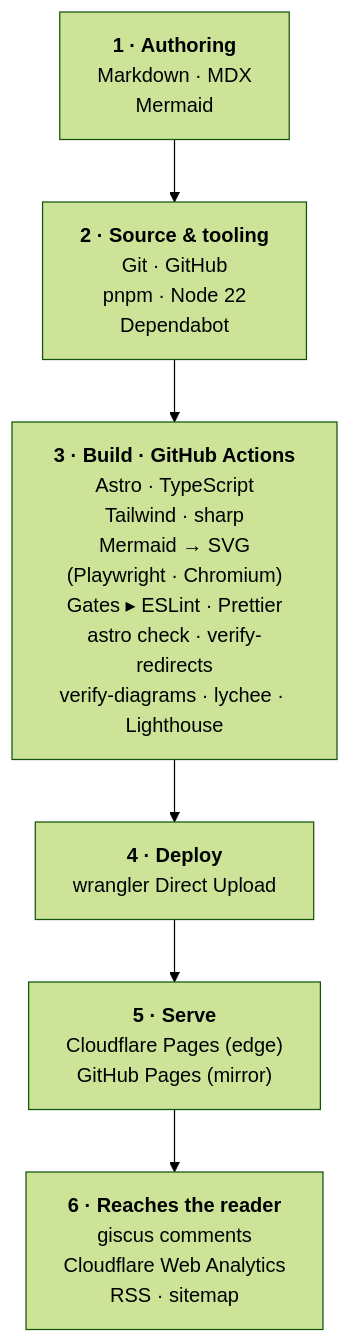
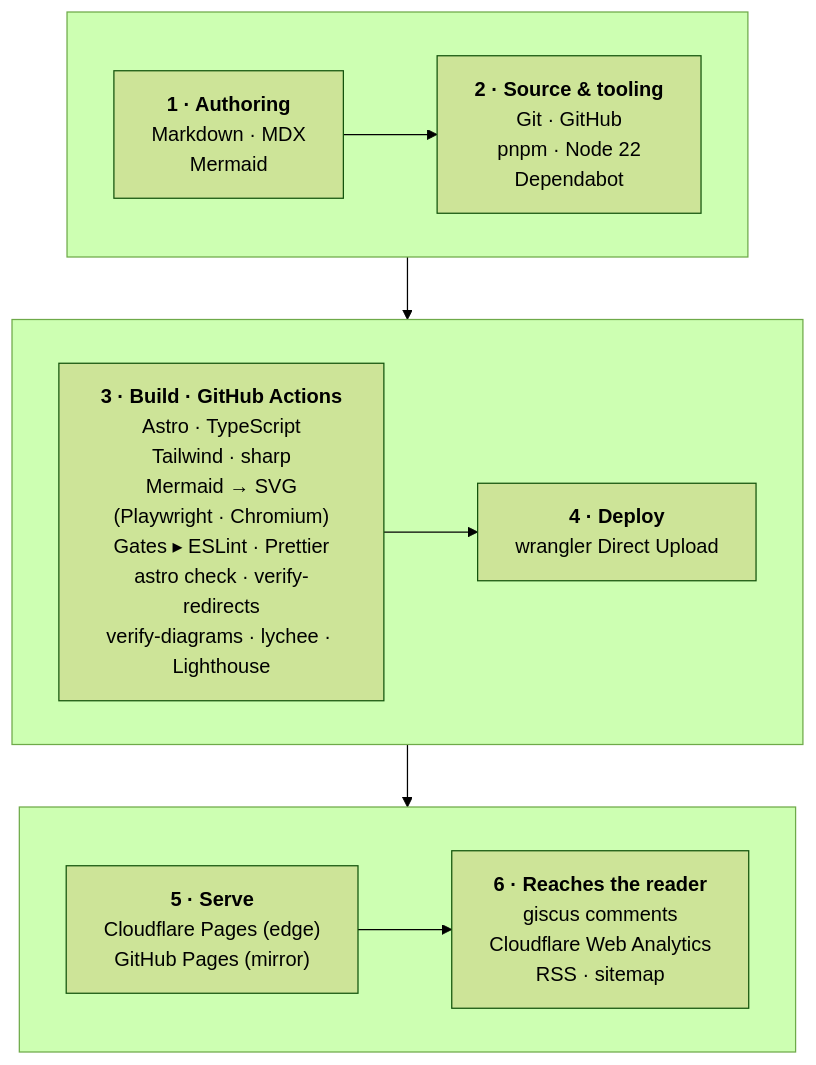
One commit to praveer09/praveer09.github.io changed the second of 4 diagrams in src/content/blog/build-once-deploy-many-the-anatomy-of-this-blog/index.md. Above: the diagram before and after it, drawn with Mermaid (forest theme).

Commit message:
Post: lay the full-stack diagram out as a 2-column grid
Six stages stacked in one column read fine on mobile but scrolled a long
way. Arrange them as three rows of two (1-2 / 3-4 / 5-6), each row a
direction-LR subgraph, connected row-to-row at the subgraph level
(r1 --> r2 --> r3) so Mermaid keeps the inner left-to-right layout
instead of overriding it. Reads like text: across, then down.

Rendered SVG is ~649 x 848 (was ~276 x 1070 single column), a more
balanced shape with much less vertical scrolling. Build renders all six
diagrams; verify-diagrams + verify-redirects pass.

````diff
--- a/src/content/blog/build-once-deploy-many-the-anatomy-of-this-blog/index.md
+++ b/src/content/blog/build-once-deploy-many-the-anatomy-of-this-blog/index.md
@@ -37,12 +37,24 @@
 ```mermaid
 flowchart TB
   accTitle: The full stack, end to end
   accDescr: The end-to-end toolchain in six stages. Authoring is Markdown, MDX and Mermaid. Source and tooling is Git on GitHub with pnpm, Node and Dependabot. The build, run by GitHub Actions, uses Astro with TypeScript and Tailwind, sharp for images and Playwright-driven Chromium to render Mermaid to SVG, gated by ESLint, Prettier, astro check, redirect and diagram verifiers, lychee and Lighthouse. Deployment is wrangler Direct Upload. Serving is Cloudflare Pages at the edge with a GitHub Pages mirror. Reaching the reader are giscus comments and cookieless Cloudflare Web Analytics in the page, plus RSS and sitemap feeds.
-  A["<b>1 · Authoring</b><br/>Markdown · MDX<br/>Mermaid"]
-  B["<b>2 · Source &amp; tooling</b><br/>Git · GitHub<br/>pnpm · Node 22<br/>Dependabot"]
-  C["<b>3 · Build · GitHub Actions</b><br/>Astro · TypeScript<br/>Tailwind · sharp<br/>Mermaid → SVG<br/>(Playwright · Chromium)<br/>Gates ▸ ESLint · Prettier<br/>astro check · verify-redirects<br/>verify-diagrams · lychee · Lighthouse"]
-  D["<b>4 · Deploy</b><br/>wrangler Direct Upload"]
-  E["<b>5 · Serve</b><br/>Cloudflare Pages (edge)<br/>GitHub Pages (mirror)"]
-  F["<b>6 · Reaches the reader</b><br/>giscus comments<br/>Cloudflare Web Analytics<br/>RSS · sitemap"]
-  A --> B --> C --> D --> E --> F
+  subgraph r1[" "]
+    direction LR
+    A["<b>1 · Authoring</b><br/>Markdown · MDX<br/>Mermaid"]
+    B["<b>2 · Source &amp; tooling</b><br/>Git · GitHub<br/>pnpm · Node 22<br/>Dependabot"]
+    A --> B
+  end
+  subgraph r2[" "]
+    direction LR
+    C["<b>3 · Build · GitHub Actions</b><br/>Astro · TypeScript<br/>Tailwind · sharp<br/>Mermaid → SVG<br/>(Playwright · Chromium)<br/>Gates ▸ ESLint · Prettier<br/>astro check · verify-redirects<br/>verify-diagrams · lychee · Lighthouse"]
+    D["<b>4 · Deploy</b><br/>wrangler Direct Upload"]
+    C --> D
+  end
+  subgraph r3[" "]
+    direction LR
+    E["<b>5 · Serve</b><br/>Cloudflare Pages (edge)<br/>GitHub Pages (mirror)"]
+    F["<b>6 · Reaches the reader</b><br/>giscus comments<br/>Cloudflare Web Analytics<br/>RSS · sitemap"]
+    E --> F
+  end
+  r1 --> r2 --> r3
 ```
````
